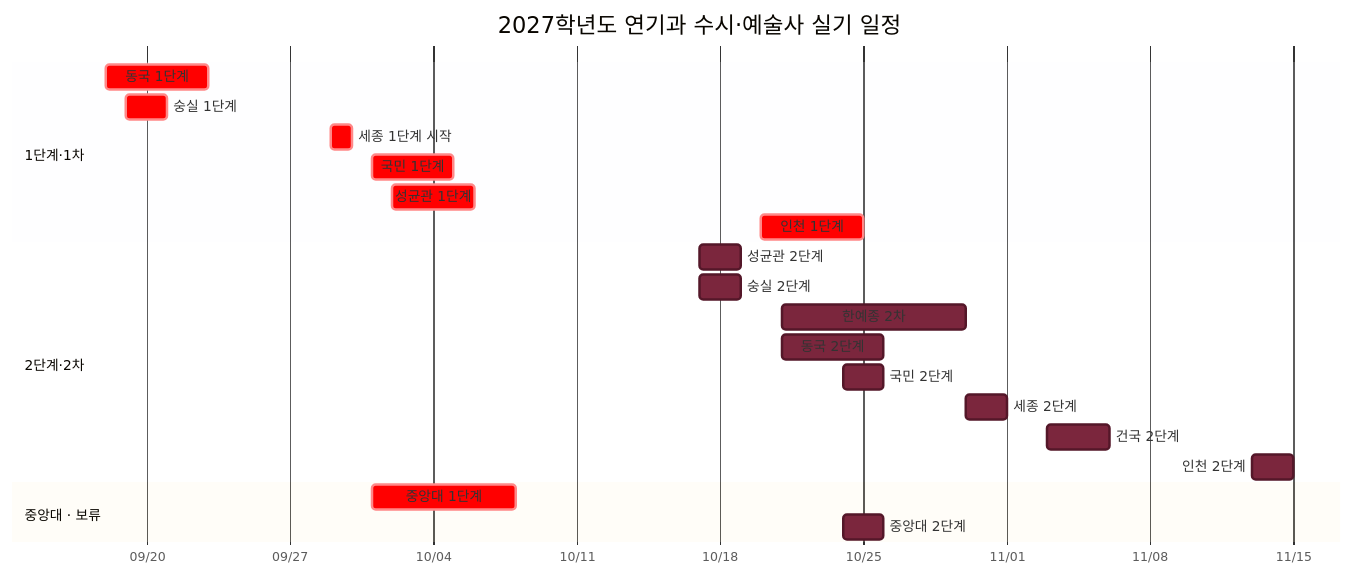
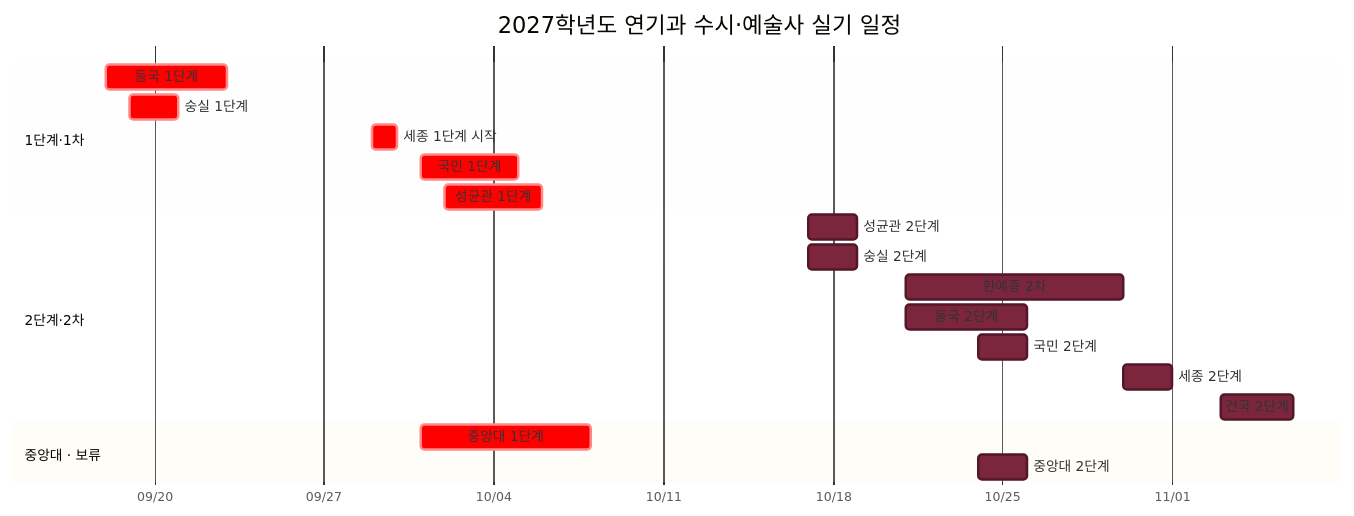
One commit to Aera0512/Base_ changed the diagram in 정리/입시/2027 연기과 시험 일정 그래프.md. Above: the diagram before and after it, drawn with Mermaid. The commit also changed other lines of this file and 1 other file, not shown here.

````diff
--- a/정리/입시/2027 연기과 시험 일정 그래프.md
+++ b/정리/입시/2027 연기과 시험 일정 그래프.md
@@ -23,29 +23,27 @@
 ```mermaid
 %%{init: {"theme":"base","themeVariables":{"taskBkgColor":"#E45757","taskBorderColor":"#B63A3A","doneTaskBkgColor":"#7B263D","doneTaskBorderColor":"#541729","doneTaskTextColor":"#FFFFFF"}}}%%
 gantt
     title 2027학년도 연기과 수시·예술사 실기 일정
     dateFormat  YYYY-MM-DD
     axisFormat  %m/%d
 
     section 1단계·1차
     동국 1단계                    :crit, dongguk1, 2026-09-18, 2026-09-23
     숭실 1단계                    :crit, ssu1, 2026-09-19, 2026-09-21
     세종 1단계 시작               :crit, sejong1, 2026-09-29, 1d
     국민 1단계                    :crit, kookmin1, 2026-10-01, 2026-10-05
     성균관 1단계                  :crit, skku1, 2026-10-02, 2026-10-06
-    인천 1단계                    :crit, inu1, 2026-10-20, 2026-10-25
 
     section 2단계·2차
     성균관 2단계                  :done, skku2, 2026-10-17, 2026-10-19
     숭실 2단계                    :done, ssu2, 2026-10-17, 2026-10-19
     한예종 2차                    :done, karts2, 2026-10-21, 2026-10-30
     동국 2단계                    :done, dongguk2, 2026-10-21, 2026-10-26
     국민 2단계                    :done, kookmin2, 2026-10-24, 2026-10-26
     세종 2단계                    :done, sejong2, 2026-10-30, 2026-11-01
     건국 2단계                    :done, konkuk2, 2026-11-03, 2026-11-06
-    인천 2단계                    :done, inu2, 2026-11-13, 2026-11-15
 
     section 중앙대 · 보류
     중앙대 1단계                  :crit, cau1, 2026-10-01, 2026-10-08
     중앙대 2단계                  :done, cau2, 2026-10-24, 2026-10-26
 ```
````
